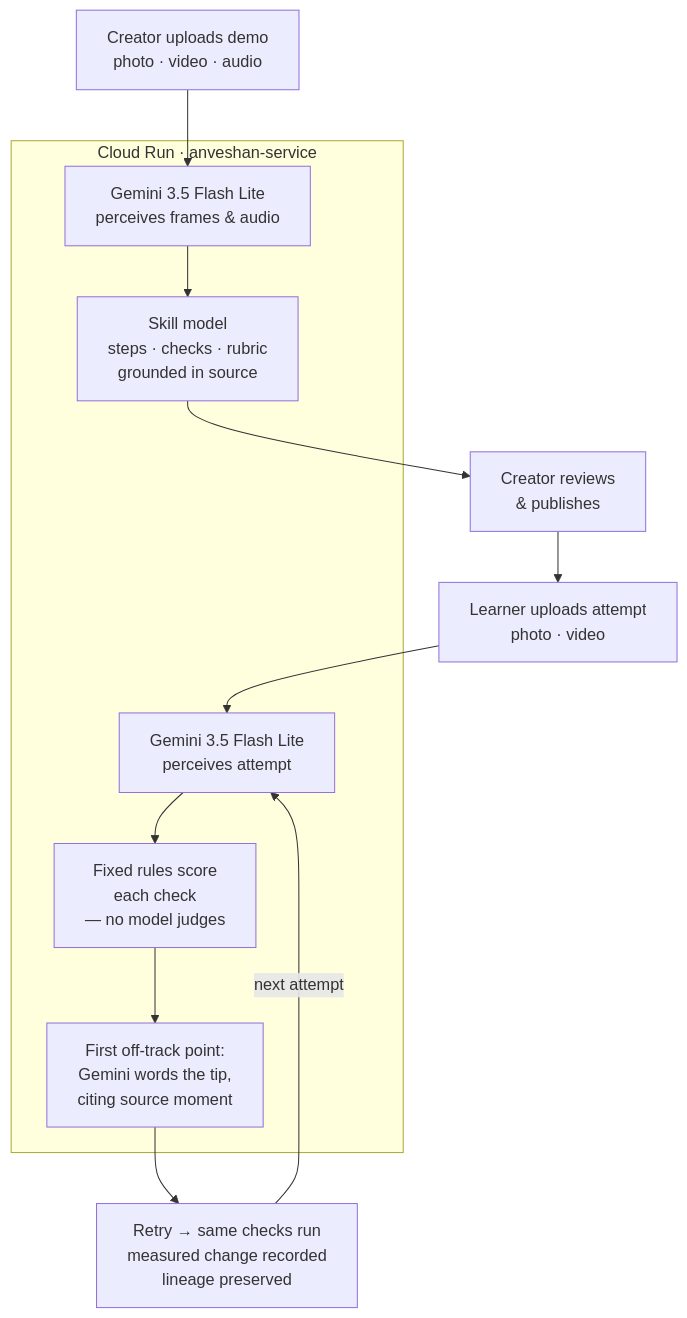
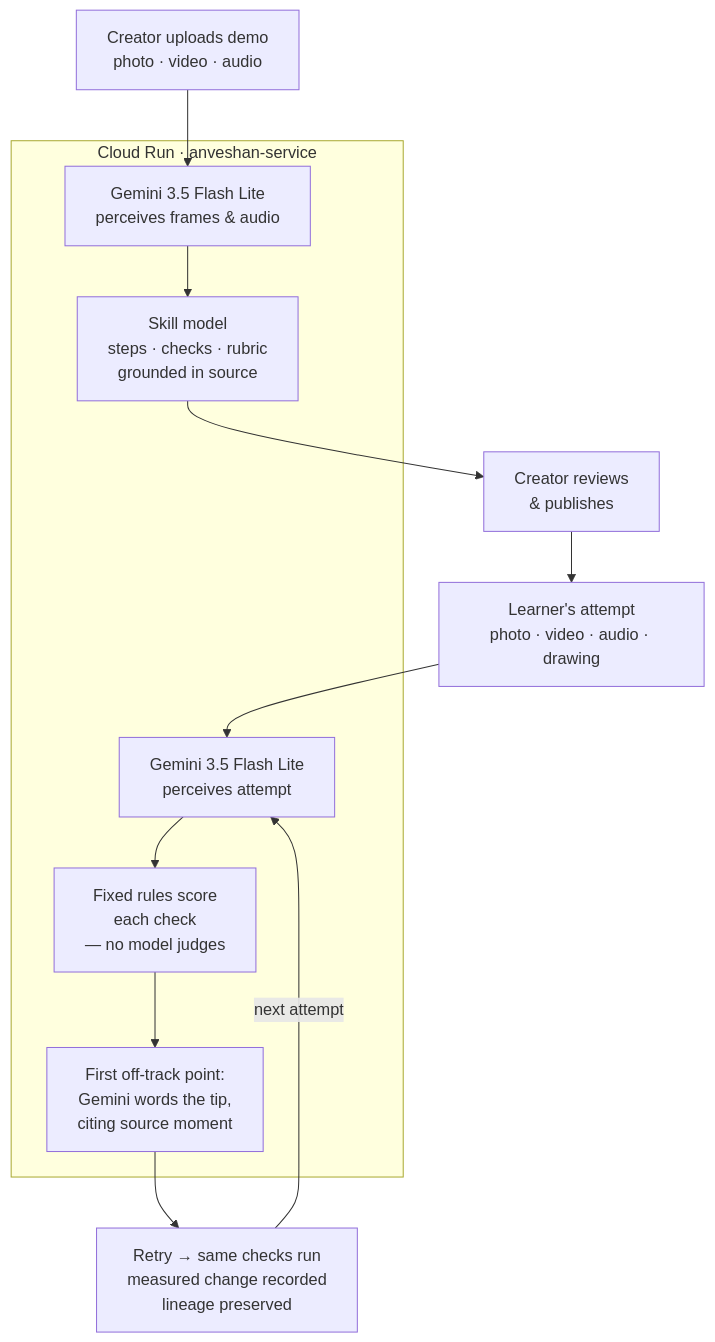
Before and after one commit to learnermaker/anveshan: the diagram in README.md, drawn with Mermaid. The commit also changed other lines of this file and 4 other files, not shown here.

Commit message:
docs(k10): merge Track B submission drafts; fix Mermaid line breaks, duplicate heading, stale mode/test/stability facts

````diff
--- a/README.md
+++ b/README.md
@@ -18,20 +18,20 @@
 ```mermaid
 flowchart TD
-    A["Creator uploads demo\nphoto · video · audio"] --> B["Gemini 3.5 Flash Lite\nperceives frames & audio"]
-    B --> C["Skill model\nsteps · checks · rubric\ngrounded in source"]
-    C --> D["Creator reviews\n& publishes"]
-    D --> E["Learner uploads attempt\nphoto · video"]
-    E --> F["Gemini 3.5 Flash Lite\nperceives attempt"]
-    F --> G["Fixed rules score\neach check\n— no model judges"]
-    G --> H["First off-track point:\nGemini words the tip,\nciting source moment"]
-    H --> I["Retry → same checks run\nmeasured change recorded\nlineage preserved"]
+    A["Creator uploads demo<br/>photo · video · audio"] --> B["Gemini 3.5 Flash Lite<br/>perceives frames & audio"]
+    B --> C["Skill model<br/>steps · checks · rubric<br/>grounded in source"]
+    C --> D["Creator reviews<br/>& publishes"]
+    D --> E["Learner's attempt<br/>photo · video · audio · drawing"]
+    E --> F["Gemini 3.5 Flash Lite<br/>perceives attempt"]
+    F --> G["Fixed rules score<br/>each check<br/>— no model judges"]
+    G --> H["First off-track point:<br/>Gemini words the tip,<br/>citing source moment"]
+    H --> I["Retry → same checks run<br/>measured change recorded<br/>lineage preserved"]
     I -->|"next attempt"| F
 
     subgraph cloud["Cloud Run · anveshan-service"]
         B
         C
         F
         G
         H
     end
 ```
````
